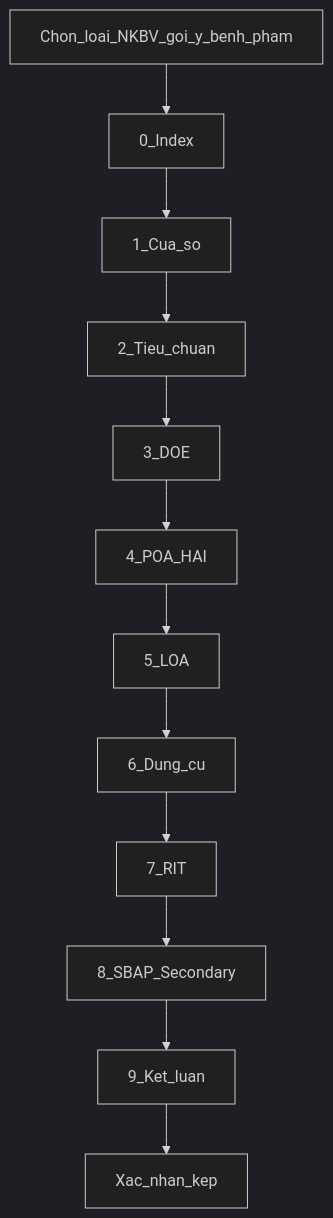
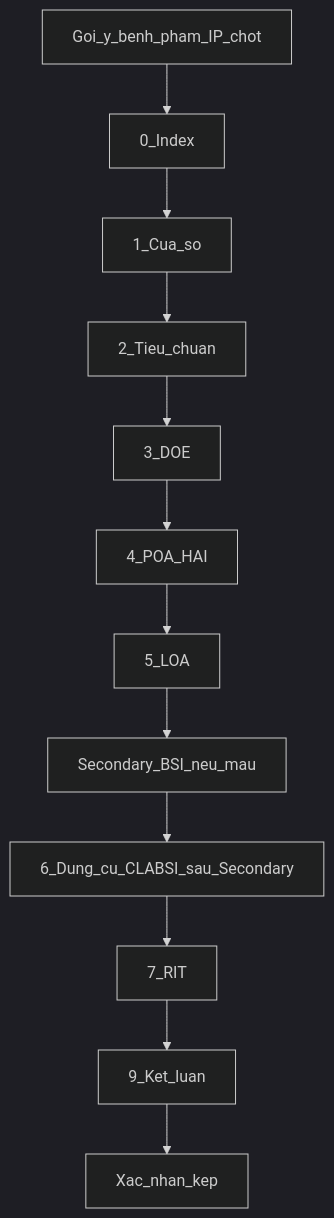
One commit to ksnkbv103-droid/ksnk_bv103_V2 changed the diagram in docs/modules/nkbv/clinical-forms.md. Above: the diagram before and after it, drawn with Mermaid (dark theme). The commit also changed other lines of this file and 479 other files, not shown here.

````diff
--- a/docs/modules/nkbv/clinical-forms.md
+++ b/docs/modules/nkbv/clinical-forms.md
@@ -29,16 +31,16 @@
 ```mermaid
 flowchart TB
-  top[Chon_loai_NKBV_goi_y_benh_pham]
+  top[Goi_y_benh_pham_IP_chot]
   r0[0_Index]
   r1[1_Cua_so]
   r2[2_Tieu_chuan]
   r3[3_DOE]
   r4[4_POA_HAI]
   r5[5_LOA]
-  r6[6_Dung_cu]
+  r8s[Secondary_BSI_neu_mau]
+  r6[6_Dung_cu_CLABSI_sau_Secondary]
   r7[7_RIT]
-  r8[8_SBAP_Secondary]
   r9[9_Ket_luan]
   confirm[Xac_nhan_kep]
-  top --> r0 --> r1 --> r2 --> r3 --> r4 --> r5 --> r6 --> r7 --> r8 --> r9 --> confirm
+  top --> r0 --> r1 --> r2 --> r3 --> r4 --> r5 --> r8s --> r6 --> r7 --> r9 --> confirm
 ```
````
